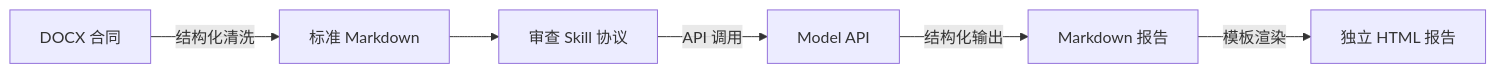
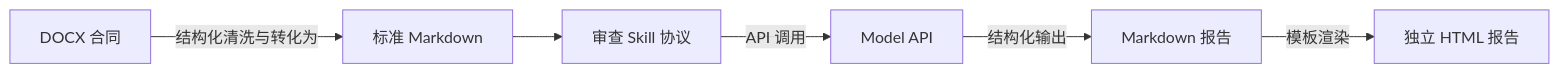
One commit to woaiwangcai/contract-reviewer changed the diagram in README.md. Above: the diagram before and after it, drawn with Mermaid. The commit also changed other lines of this file, not shown here.

````diff
--- a/README.md
+++ b/README.md
@@ -31,8 +31,8 @@
 ```mermaid
 flowchart LR
-    A["DOCX 合同"] -->|结构化清洗| B["标准 Markdown"]
+    A["DOCX 合同"] -->|结构化清洗与转化为| B["标准 Markdown"]
     B --> C["审查 Skill 协议"]
     C -->|API 调用| D["Model API"]
     D -->|结构化输出| E["Markdown 报告"]
     E -->|模板渲染| F["独立 HTML 报告"]
 ```
````
